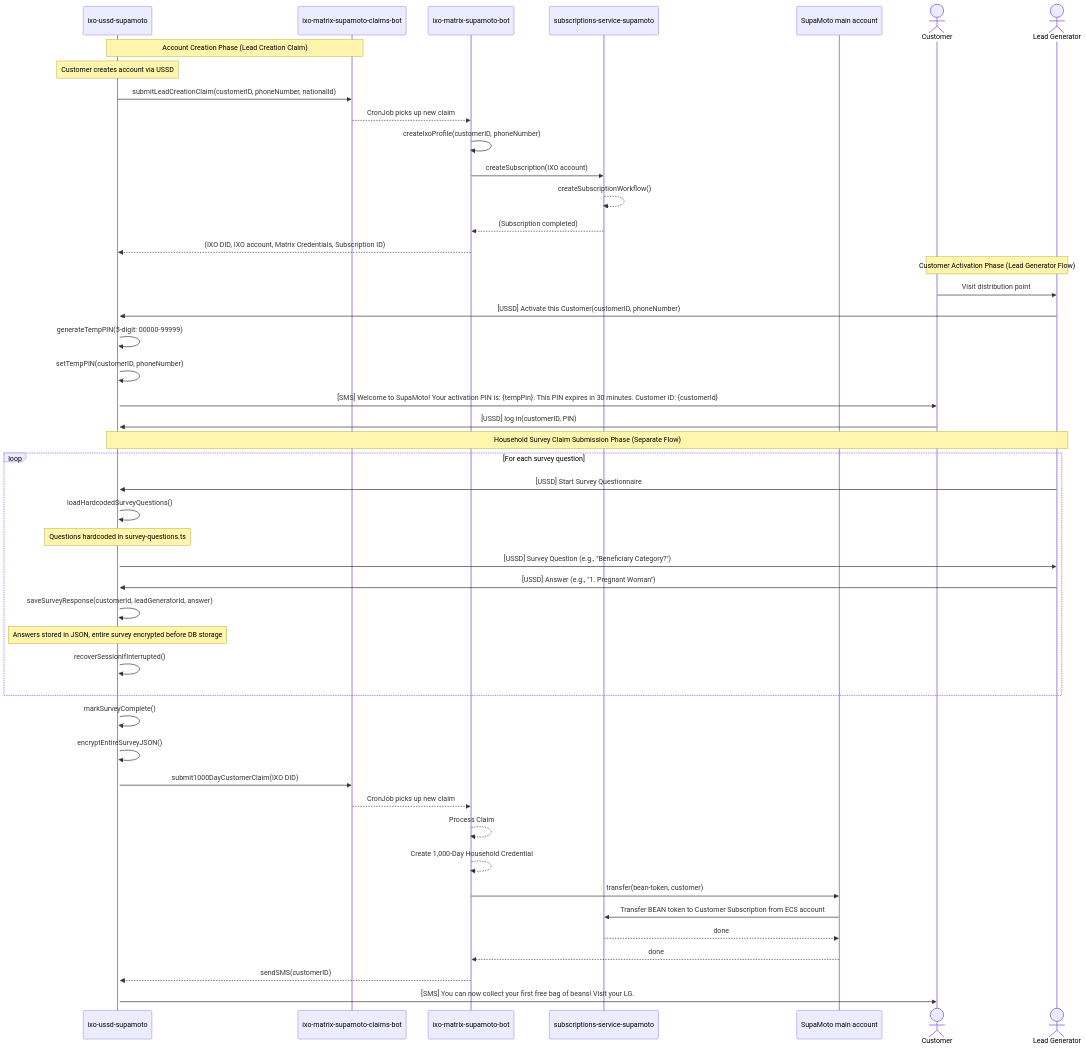
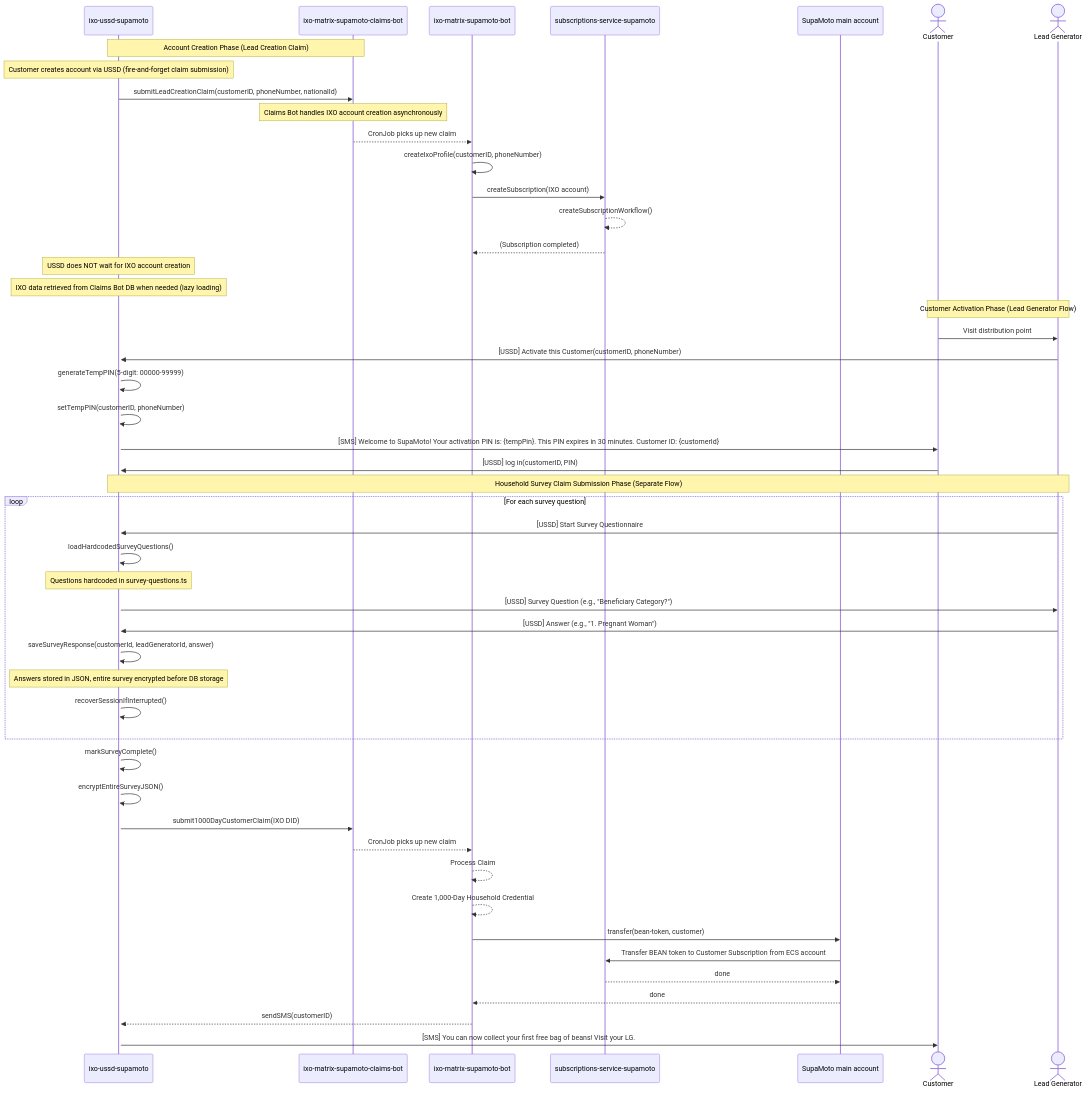
The first of 4 diagrams in docs/supamoto/SEQUENCE_DIAGRAM.md (emerging-eco/ixo-ussd-supamoto), drawn with Mermaid before and after one commit. The commit also changed other lines of this file and 20 other files, not shown here.

First line of the commit message:
chore: delegate IXO account creation to Claims Bot [IXO-284]

````diff
--- a/docs/supamoto/SEQUENCE_DIAGRAM.md
+++ b/docs/supamoto/SEQUENCE_DIAGRAM.md
@@ -19,52 +19,54 @@
 ```mermaid
 sequenceDiagram
     participant USSD as ixo-ussd-supamoto
     participant claims-bot as ixo-matrix-supamoto-claims-bot
     participant matrix-bot as ixo-matrix-supamoto-bot
     participant subs-svc as subscriptions-service-supamoto
     participant SUPA as SupaMoto main account
     actor Customer
     actor LG as Lead Generator
 
     Note over USSD,claims-bot: Account Creation Phase (Lead Creation Claim)
-    Note over USSD: Customer creates account via USSD
+    Note over USSD: Customer creates account via USSD (fire-and-forget claim submission)
     USSD->>claims-bot: submitLeadCreationClaim(customerID, phoneNumber, nationalId)
+    Note over claims-bot: Claims Bot handles IXO account creation asynchronously
     claims-bot-->>matrix-bot: CronJob picks up new claim
     matrix-bot->>matrix-bot: createIxoProfile(customerID, phoneNumber)
     matrix-bot->>subs-svc: createSubscription(IXO account)
     subs-svc-->>subs-svc: createSubscriptionWorkflow()
     subs-svc-->>matrix-bot: (Subscription completed)
-    matrix-bot-->>USSD: (IXO DID, IXO account, Matrix Credentials, Subscription ID)
+    Note over USSD: USSD does NOT wait for IXO account creation
+    Note over USSD: IXO data retrieved from Claims Bot DB when needed (lazy loading)
 
     Note over Customer,LG: Customer Activation Phase (Lead Generator Flow)
     Customer->>LG: Visit distribution point
     LG->>+USSD: [USSD] Activate this Customer(customerID, phoneNumber)
     USSD->>USSD: generateTempPIN(5-digit: 00000-99999)
     USSD->>USSD: setTempPIN(customerID, phoneNumber)
     USSD->>Customer: [SMS] Welcome to SupaMoto! Your activation PIN is: {tempPin}. This PIN expires in 30 minutes. Customer ID: {customerId}
     Customer->>USSD: [USSD] log in(customerID, PIN)
 
     Note over USSD,LG: Household Survey Claim Submission Phase (Separate Flow)
     loop For each survey question
         LG->>USSD: [USSD] Start Survey Questionnaire
         USSD->>USSD: loadHardcodedSurveyQuestions()
         Note over USSD: Questions hardcoded in survey-questions.ts
         USSD->>LG: [USSD] Survey Question (e.g., "Beneficiary Category?")
         LG->>USSD: [USSD] Answer (e.g., "1. Pregnant Woman")
         USSD->>USSD: saveSurveyResponse(customerId, leadGeneratorId, answer)
         Note over USSD: Answers stored in JSON, entire survey encrypted before DB storage
         USSD->>USSD: recoverSessionIfInterrupted()
     end
     USSD->>USSD: markSurveyComplete()
     USSD->>USSD: encryptEntireSurveyJSON()
     USSD->>claims-bot: submit1000DayCustomerClaim(IXO DID)
     claims-bot-->>matrix-bot: CronJob picks up new claim
     matrix-bot-->>matrix-bot: Process Claim
     matrix-bot-->>matrix-bot: Create 1,000-Day Household Credential
     matrix-bot->>SUPA: transfer(bean-token, customer)
     SUPA->>subs-svc: Transfer BEAN token to Customer Subscription from ECS account
     subs-svc-->>SUPA: done
     SUPA-->>matrix-bot: done
     matrix-bot-->>USSD: sendSMS(customerID)
     USSD->>Customer: [SMS] You can now collect your first free bag of beans! Visit your LG.
 ```
````
